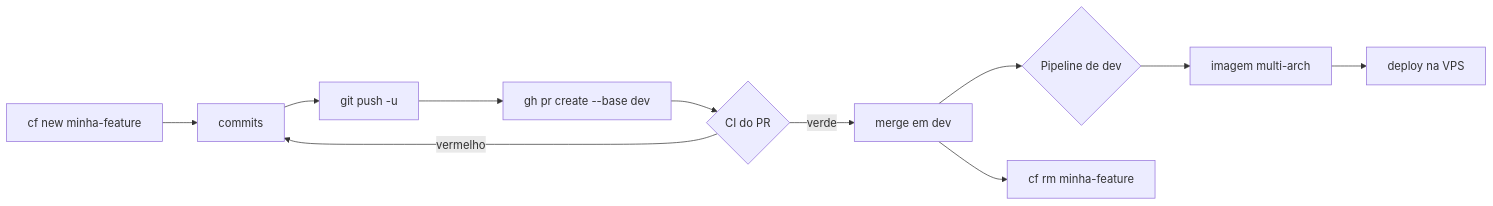
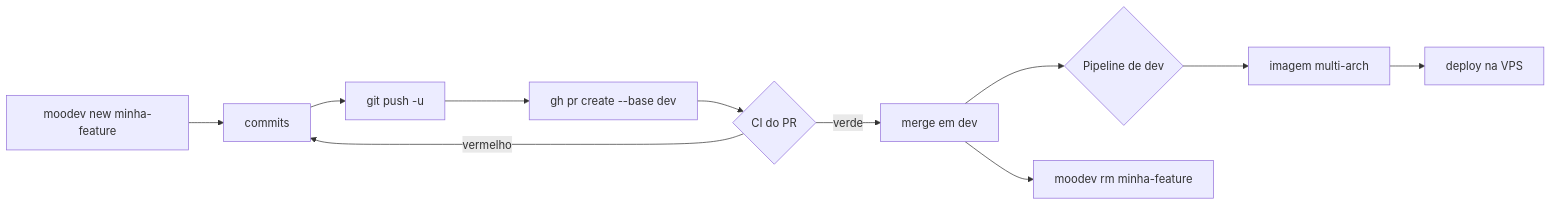
The diagram in docs/dev/fluxo-de-contribuicao.md (leonardodg/courses-free), drawn with Mermaid before and after one commit. The commit also changed other lines of this file and 16 other files, not shown here.

````diff
--- a/docs/dev/fluxo-de-contribuicao.md
+++ b/docs/dev/fluxo-de-contribuicao.md
@@ -6,13 +6,13 @@
 ```mermaid
 flowchart LR
-    A[cf new minha-feature] --> B[commits]
+    A[moodev new minha-feature] --> B[commits]
     B --> C[git push -u]
     C --> D[gh pr create --base dev]
     D --> E{CI do PR}
     E -->|verde| F[merge em dev]
     E -->|vermelho| B
     F --> G{Pipeline de dev}
     G --> H[imagem multi-arch]
     H --> I[deploy na VPS]
-    F --> J[cf rm minha-feature]
+    F --> J[moodev rm minha-feature]
 ```
````
